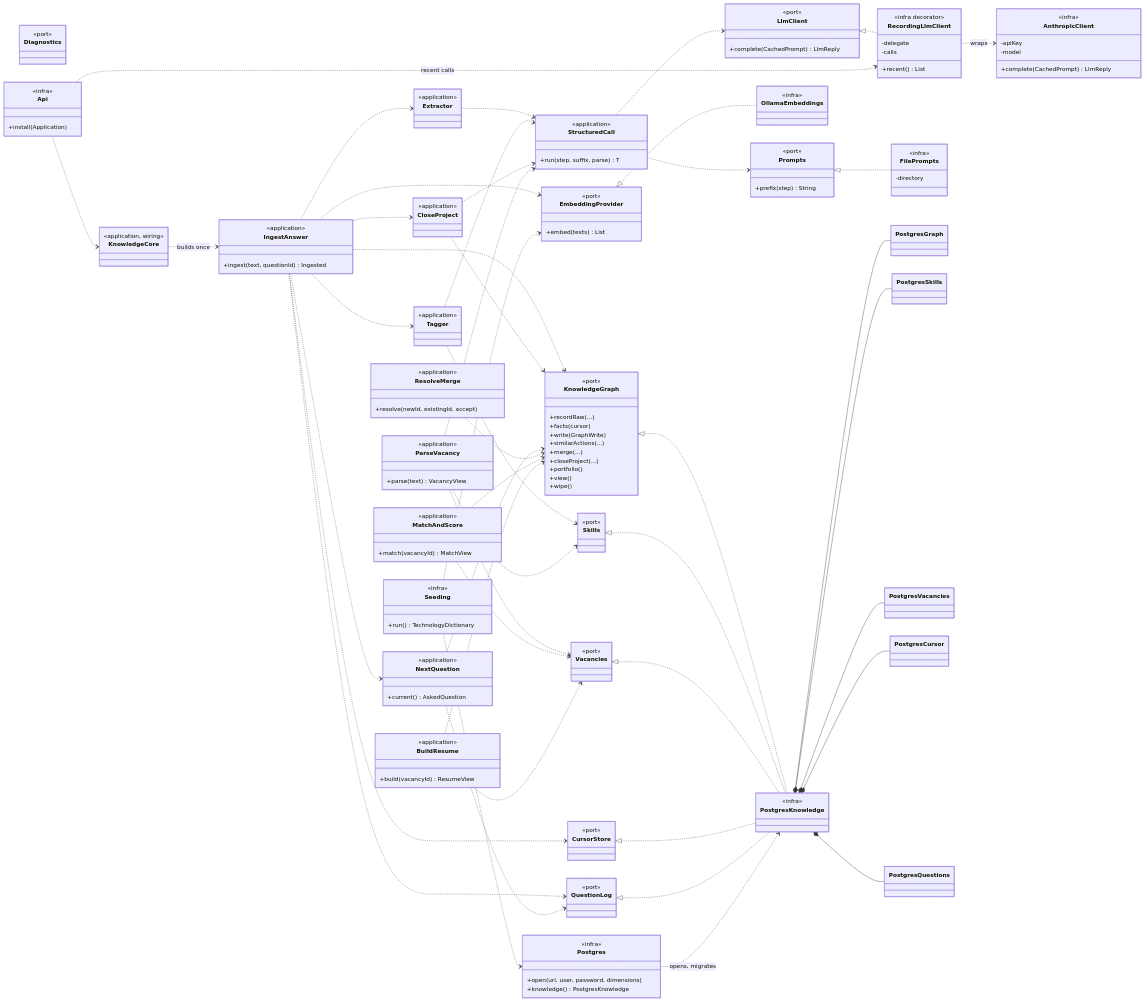
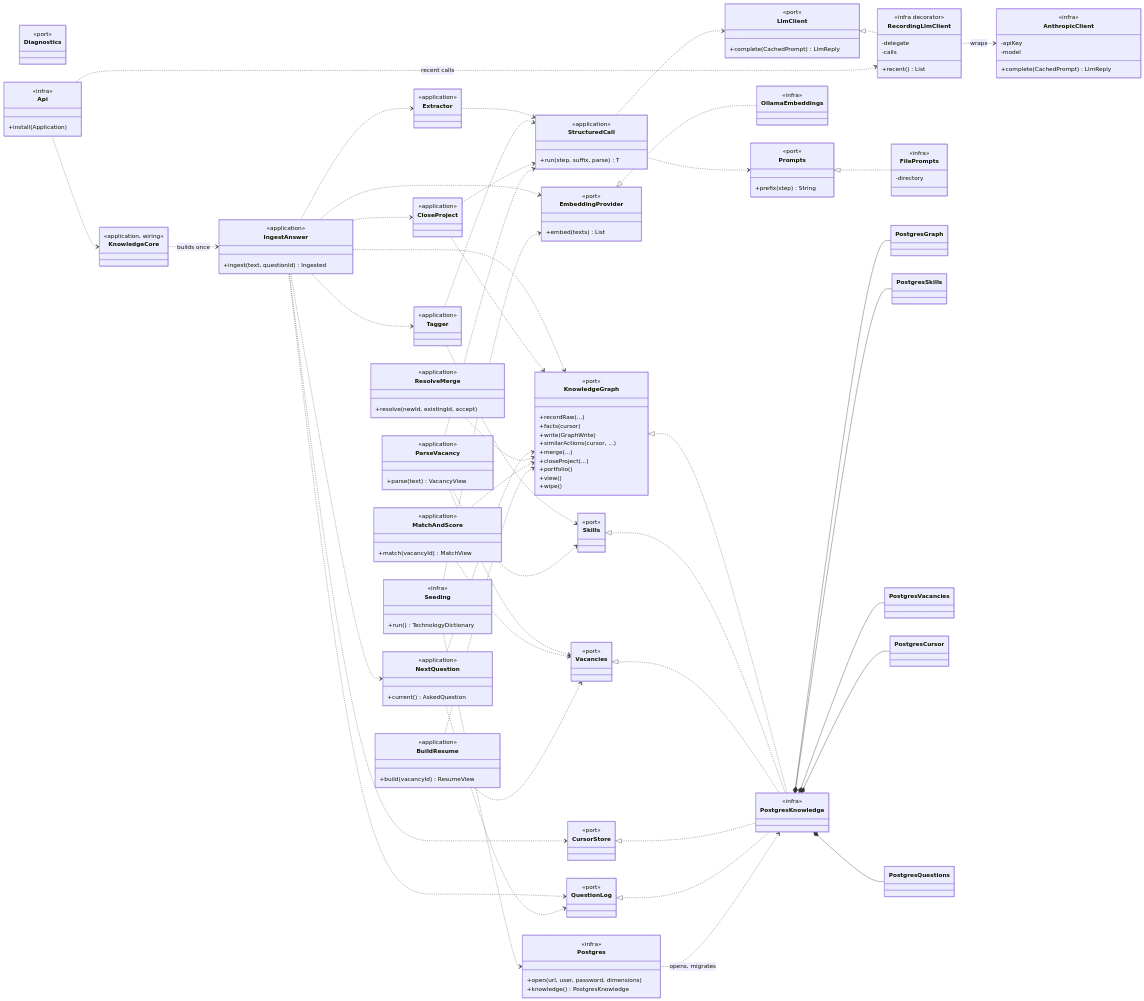
Before and after one commit to yuriisurzhykov/Tallyvane: the fifth of 6 diagrams in docs/adr/ADR-101-knowledge-core-proof-of-concept.md, drawn with Mermaid. The commit also changed other lines of this file and 10 other files, not shown here.

```diff
--- a/docs/adr/ADR-101-knowledge-core-proof-of-concept.md
+++ b/docs/adr/ADR-101-knowledge-core-proof-of-concept.md
@@ -421,7 +421,7 @@
         +recordRaw(...)
         +facts(cursor)
         +write(GraphWrite)
-        +similarActions(...)
+        +similarActions(cursor, ...)
         +merge(...)
         +closeProject(...)
         +portfolio()
```
